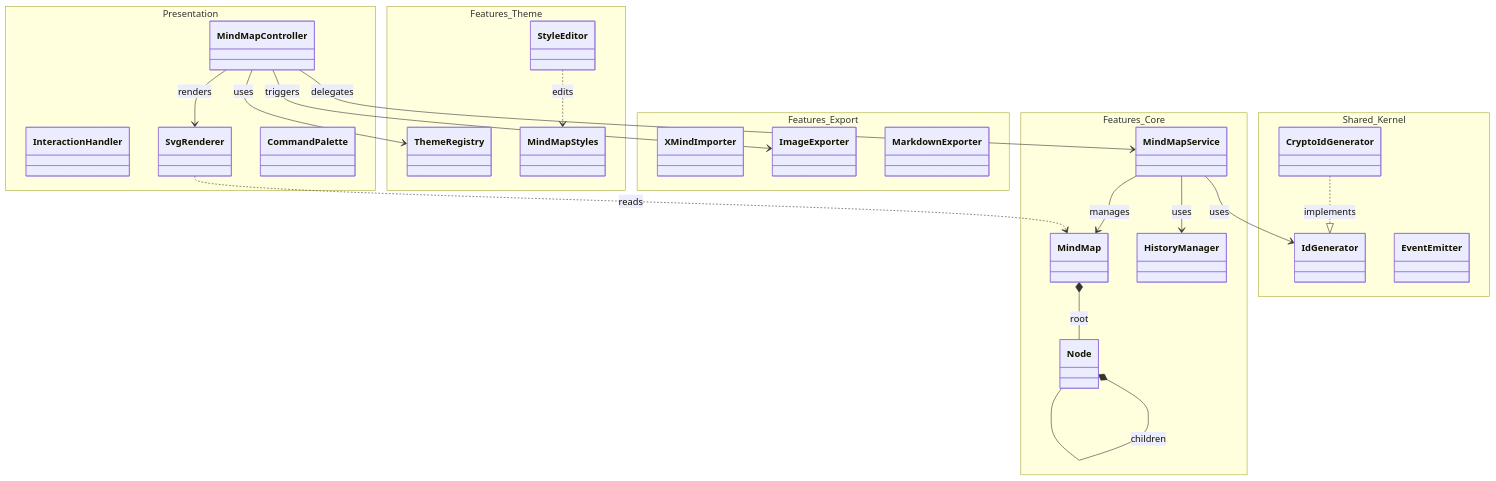
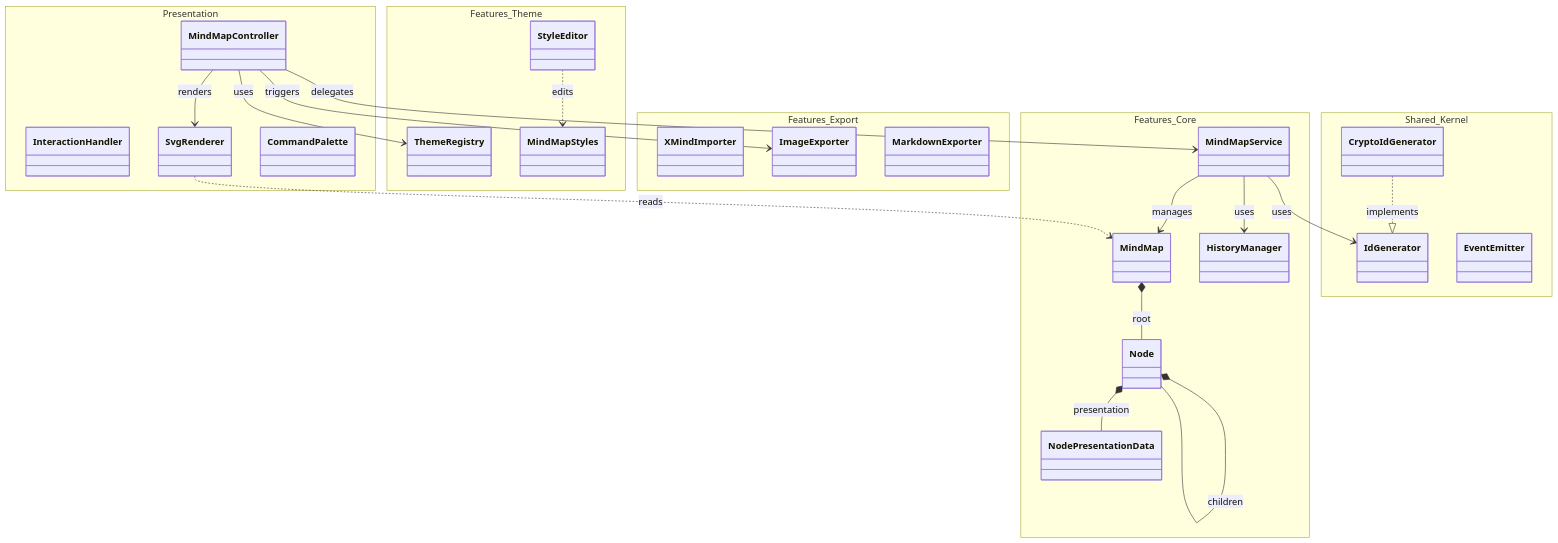
The second of 7 diagrams in docs/SOFTWARE_ARCHITECTURE.md (hiroooo000/kakidash), drawn with Mermaid before and after one commit. The commit also changed other lines of this file and 6 other files, not shown here.

Commit message:
docs: update architecture documentation for Node presentation separation

````diff
--- a/docs/SOFTWARE_ARCHITECTURE.md
+++ b/docs/SOFTWARE_ARCHITECTURE.md
@@ -67,54 +67,56 @@
 ```mermaid
 classDiagram
     direction TB
 
     namespace Presentation {
         class MindMapController
         class InteractionHandler
         class SvgRenderer
         class CommandPalette
     }
 
     namespace Features_Core {
         class MindMapService
         class MindMap
         class Node
+        class NodePresentationData
         class HistoryManager
     }
 
     namespace Features_Theme {
         class ThemeRegistry
         class StyleEditor
         class MindMapStyles
     }
 
     namespace Features_Export {
         class XMindImporter
         class ImageExporter
         class MarkdownExporter
     }
 
     namespace Shared_Kernel {
         class IdGenerator
         class CryptoIdGenerator
         class EventEmitter
     }
 
     %% Relationships
     MindMapController --> MindMapService : delegates
     MindMapController --> ThemeRegistry : uses
     MindMapController --> ImageExporter : triggers
     MindMapController --> SvgRenderer : renders
     
     MindMapService --> MindMap : manages
     MindMapService --> HistoryManager : uses
     MindMapService --> IdGenerator : uses
 
     MindMap *-- Node : root
     Node *-- Node : children
+    Node *-- NodePresentationData : presentation
 
     SvgRenderer ..> MindMap : reads
     StyleEditor ..> MindMapStyles : edits
     
     CryptoIdGenerator ..|> IdGenerator : implements
 ```
````
